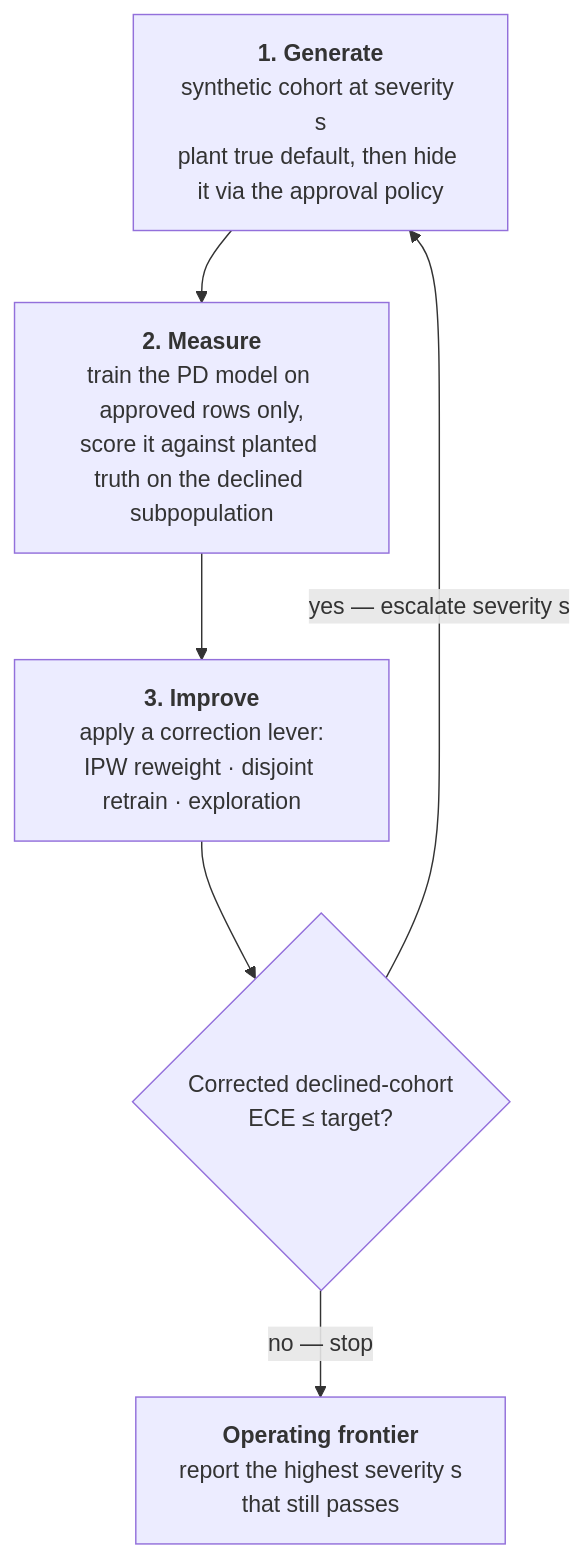
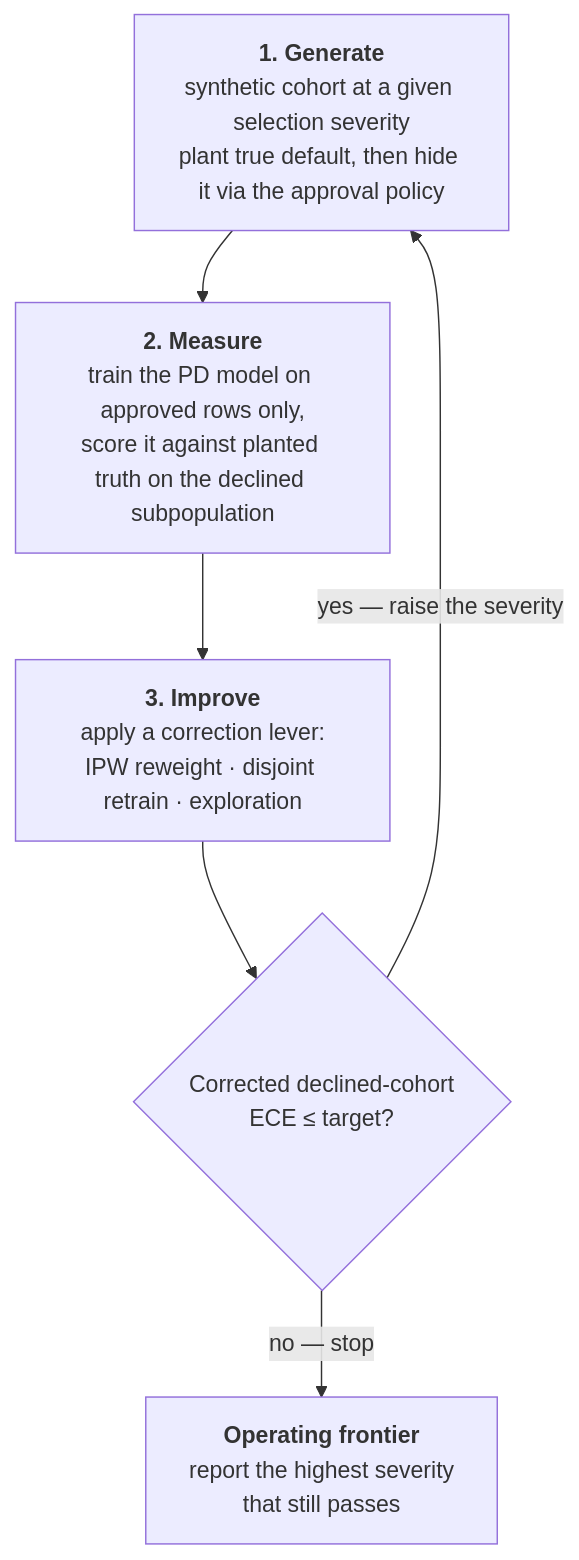
One commit to hossainpazooki/closed-loop-default-detection changed the first of 2 diagrams in README.md. Above: the diagram before and after it, drawn with Mermaid.

Commit message:
docs: split mechanism diagram, add roadmap section

````diff
--- a/README.md
+++ b/README.md
@@ -47,12 +47,12 @@
 ```mermaid
 flowchart TD
-    A["<b>1. Generate</b><br/>synthetic cohort at severity s<br/>plant true default, then hide it via the approval policy"]
+    A["<b>1. Generate</b><br/>synthetic cohort at a given selection severity<br/>plant true default, then hide it via the approval policy"]
     B["<b>2. Measure</b><br/>train the PD model on approved rows only,<br/>score it against planted truth on the declined subpopulation"]
     C["<b>3. Improve</b><br/>apply a correction lever:<br/>IPW reweight &middot; disjoint retrain &middot; exploration"]
     D{"Corrected declined-cohort<br/>ECE &le; target?"}
-    E["<b>Operating frontier</b><br/>report the highest severity s<br/>that still passes"]
+    E["<b>Operating frontier</b><br/>report the highest severity<br/>that still passes"]
 
     A --> B --> C --> D
-    D -->|"yes &mdash; escalate severity s"| A
+    D -->|"yes &mdash; raise the severity"| A
     D -->|"no &mdash; stop"| E
 ```
````
